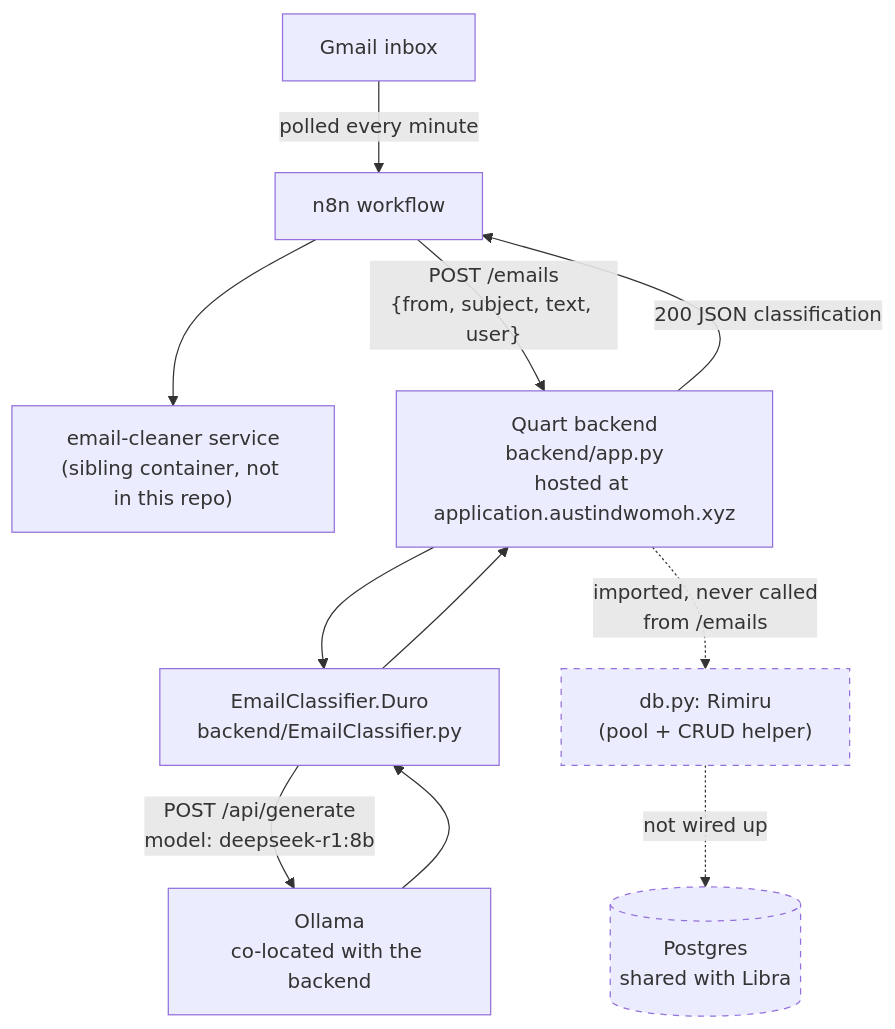
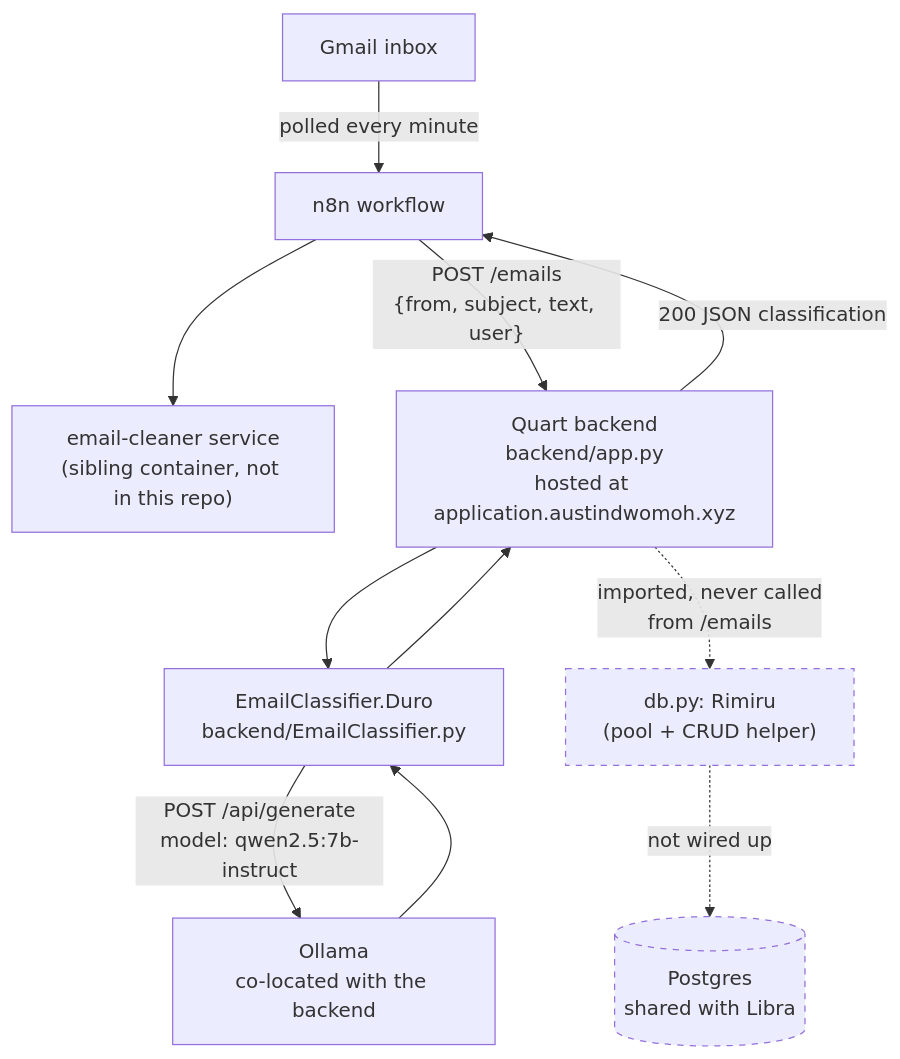
The first of 2 diagrams in wiki/Architecture.md (Tempest150/Scales), drawn with Mermaid before and after one commit. The commit also changed 35 other files, not shown here.

````diff
--- a/wiki/Architecture.md
+++ b/wiki/Architecture.md
@@ -10,19 +10,19 @@
 ```mermaid
 flowchart TD
     Gmail[Gmail inbox] -->|polled every minute| N8N[n8n workflow]
     N8N --> Cleaner["email-cleaner service<br/>(sibling container, not in this repo)"]
     N8N -->|"POST /emails<br/>{from, subject, text, user}"| API["Quart backend<br/>backend/app.py<br/>hosted at application.austindwomoh.xyz"]
     API --> Duro["EmailClassifier.Duro<br/>backend/EmailClassifier.py"]
-    Duro -->|"POST /api/generate<br/>model: deepseek-r1:8b"| Ollama["Ollama<br/>co-located with the backend"]
+    Duro -->|"POST /api/generate<br/>model: qwen2.5:7b-instruct"| Ollama["Ollama<br/>co-located with the backend"]
     Ollama --> Duro
     Duro --> API
     API -->|"200 JSON classification"| N8N
 
     DB[("Postgres<br/>shared with Libra")]
     Rimiru["db.py: Rimiru<br/>(pool + CRUD helper)"]
     API -.->|"imported, never called<br/>from /emails"| Rimiru
     Rimiru -.->|not wired up| DB
 
     style DB stroke-dasharray: 5 5
     style Rimiru stroke-dasharray: 5 5
 ```
````
